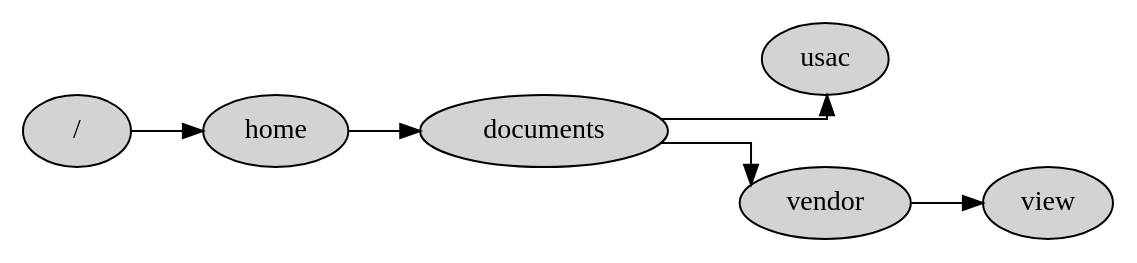
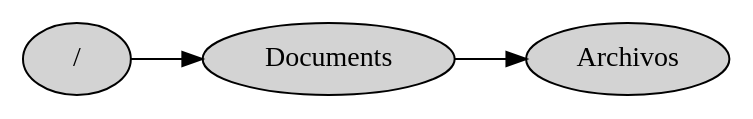
The diagram in Proyecto2/Grafo.dot (Eduardo01004/EDD_2S2019_PY2_201612124), drawn with Graphviz before and after one commit. The commit also changed 48 other files, not shown here.

```diff
--- a/Proyecto2/Grafo.dot
+++ b/Proyecto2/Grafo.dot
@@ -1,9 +1,6 @@
 digraph G{rankdir=LR;
  graph [splines=ortho, nodesep=0.5];
 node [shape=ellipse, style=filled]
-"/" -> "home"
-"documents" -> "usac"
-"documents" -> "vendor"
-"home" -> "documents"
-"vendor" -> "view"
+"/" -> "Documents"
+"Documents" -> "Archivos"
 }
```
